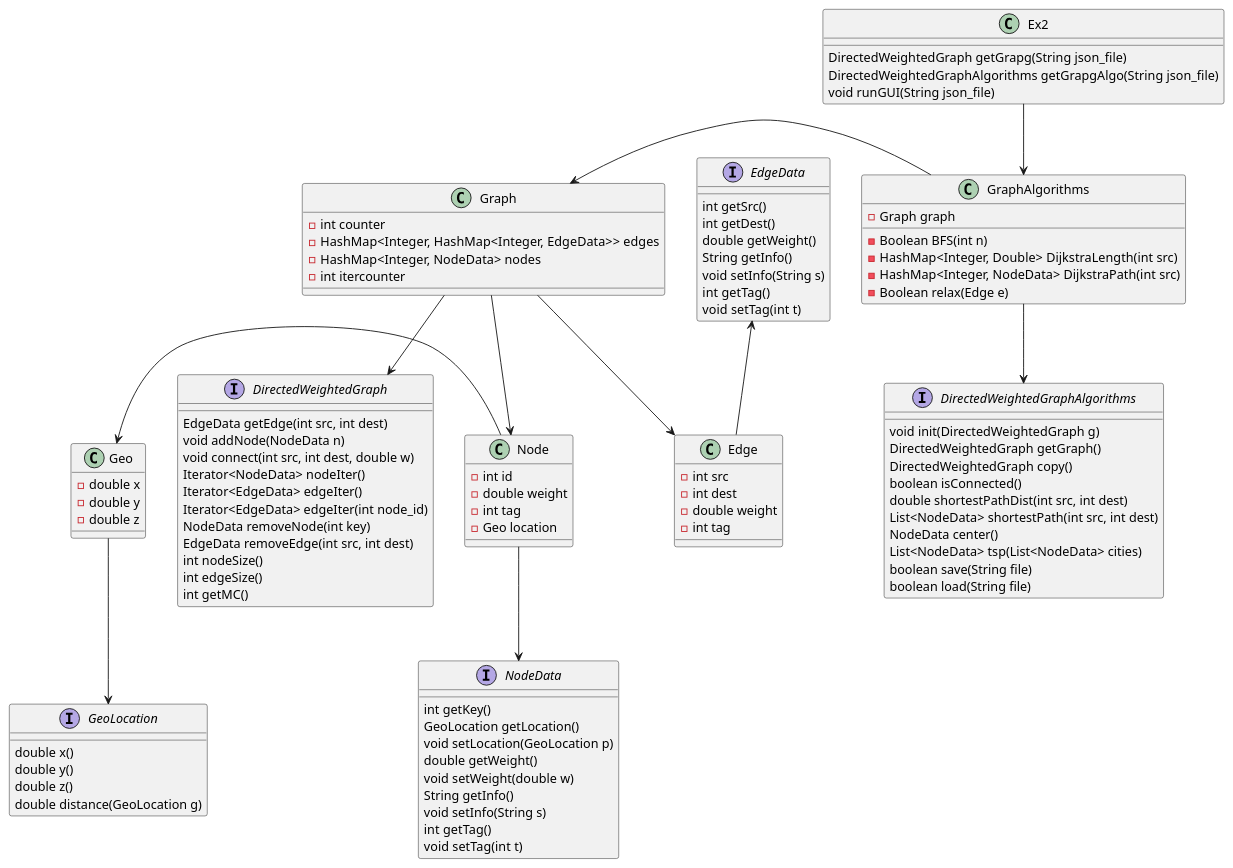
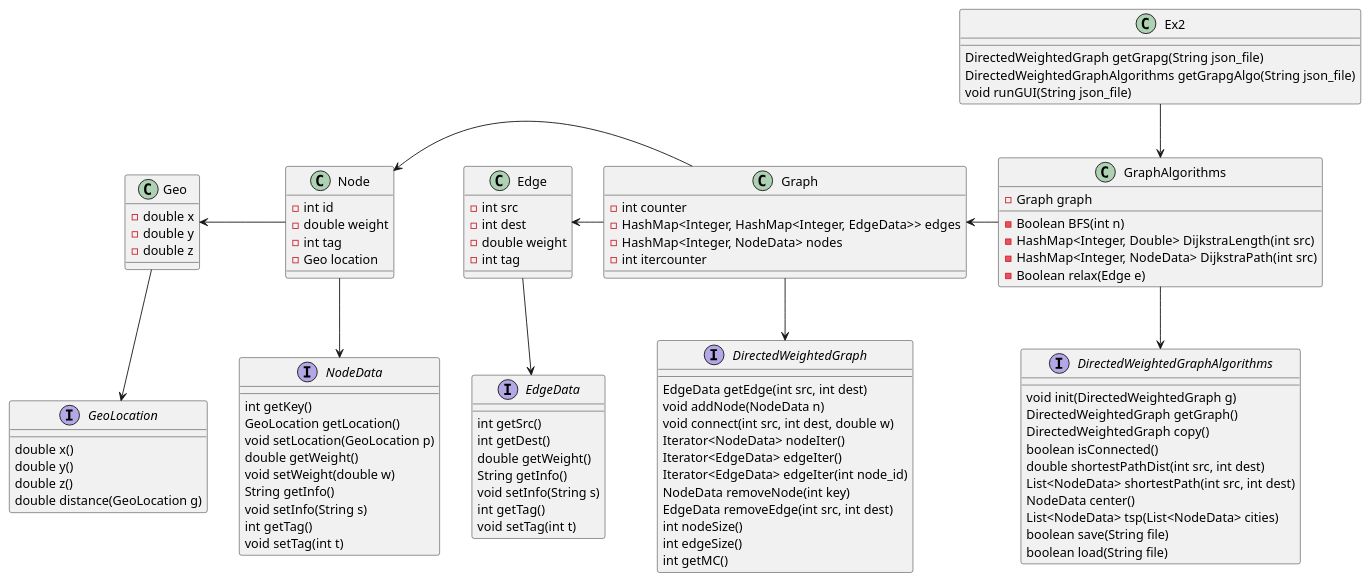
Before and after one commit to RoniPick/Directed-Weighted-graphs-Java: the diagram in src/Ex2_.puml, drawn with PlantUML. The commit also changed 3 other files, not shown here.

```diff
--- a/src/Ex2_.puml
+++ b/src/Ex2_.puml
@@ -1,112 +1,112 @@
 @startuml
 'https://plantuml.com/class-diagram
 
 interface DirectedWeightedGraph{
 	EdgeData getEdge(int src, int dest)
 	void addNode(NodeData n)
 	void connect(int src, int dest, double w)
 	Iterator<NodeData> nodeIter()
 	Iterator<EdgeData> edgeIter()
 	Iterator<EdgeData> edgeIter(int node_id)
 	NodeData removeNode(int key)
 	EdgeData removeEdge(int src, int dest)
 	int nodeSize()
 	int edgeSize()
 	int getMC()
 }
 interface DirectedWeightedGraphAlgorithms{
     void init(DirectedWeightedGraph g)
     DirectedWeightedGraph getGraph()
     DirectedWeightedGraph copy()
     boolean isConnected()
     double shortestPathDist(int src, int dest)
     List<NodeData> shortestPath(int src, int dest)
     NodeData center()
     List<NodeData> tsp(List<NodeData> cities)
     boolean save(String file)
     boolean load(String file)
 }
 interface EdgeData{
     int getSrc()
 	int getDest()
 	double getWeight()
 	String getInfo()
 	void setInfo(String s)
 	int getTag()
 	void setTag(int t)
 }
 
 interface NodeData{
     int getKey()
 	GeoLocation getLocation()
 	void setLocation(GeoLocation p)
 	double getWeight()
 	void setWeight(double w)
 	String getInfo()
 	void setInfo(String s)
 	int getTag()
 	void setTag(int t)
 }
 
 interface GeoLocation{
     double x()
     double y()
     double z()
     double distance(GeoLocation g)
 }
 class Node {
  - int id
  - double weight
  - int tag
  - Geo location
 
 }
 
 class Geo {
 - double x
 - double y
 - double z
 
 }
 class Edge {
 - int src
 - int dest
 - double weight
 - int tag
 }
 class Graph{
 - int counter
 - HashMap<Integer, HashMap<Integer, EdgeData>> edges
 - HashMap<Integer, NodeData> nodes
 - int itercounter
 }
 
 class GraphAlgorithms{
 - Graph graph
 - Boolean BFS(int n)
 - HashMap<Integer, Double> DijkstraLength(int src)
 - HashMap<Integer, NodeData> DijkstraPath(int src)
 - Boolean relax(Edge e)
 
 }
 
 class Ex2 {
 DirectedWeightedGraph getGrapg(String json_file)
 DirectedWeightedGraphAlgorithms getGrapgAlgo(String json_file)
 void runGUI(String json_file)
 }
 
 Ex2 -down-> GraphAlgorithms
 GraphAlgorithms -down-> DirectedWeightedGraphAlgorithms
 GraphAlgorithms -left-> Graph
 Graph -down-> DirectedWeightedGraph
-Graph -down-> Edge
-Edge -up-> EdgeData
-Graph -down-> Node
+Graph -left-> Edge
+Edge -down-> EdgeData
+Graph -left-> Node
 Node -down-> NodeData
 Node -left-> Geo
 Geo -down-> GeoLocation
 
 
 
 @enduml
```
